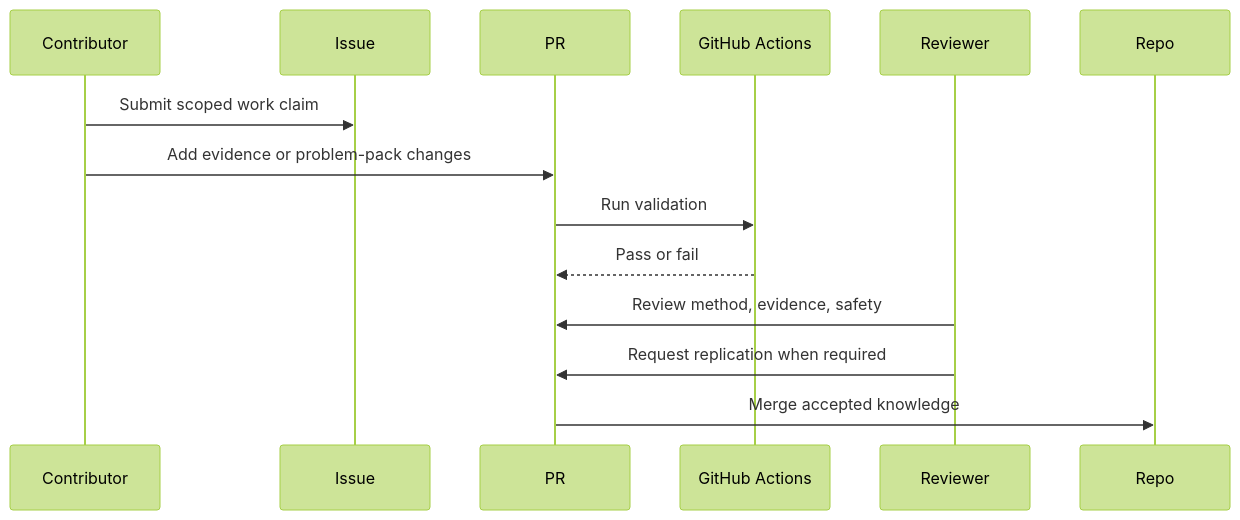
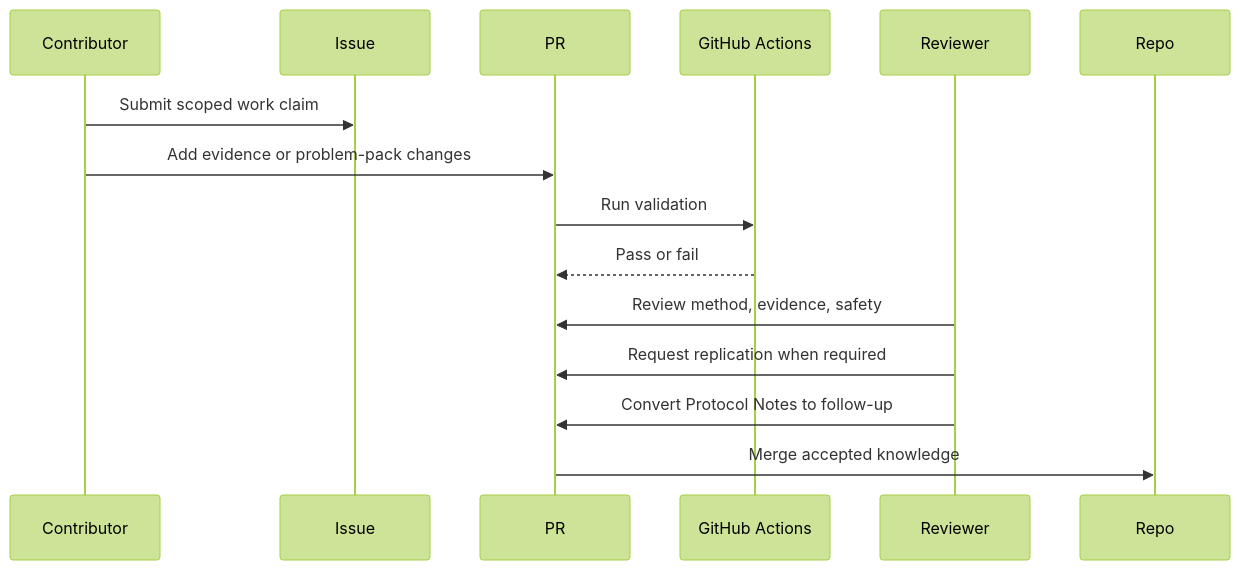
One commit to Open-Problem-Lab/open-problem-lab changed the third of 3 diagrams in AGENTS.md. Above: the diagram before and after it, drawn with Mermaid (forest theme). The commit also changed other lines of this file and 1 other file, not shown here.

First line of the commit message:
docs: upgrade AGENTS.md and SKILL.md for self-improving protocol

````diff
--- a/AGENTS.md
+++ b/AGENTS.md
@@ -61,16 +135,17 @@
 ```mermaid
 sequenceDiagram
   participant Contributor
   participant Issue
   participant PR
   participant CI as GitHub Actions
   participant Reviewer
   participant Repo
   Contributor->>Issue: Submit scoped work claim
   Contributor->>PR: Add evidence or problem-pack changes
   PR->>CI: Run validation
   CI-->>PR: Pass or fail
   Reviewer->>PR: Review method, evidence, safety
   Reviewer->>PR: Request replication when required
+  Reviewer->>PR: Convert Protocol Notes to follow-up
   PR->>Repo: Merge accepted knowledge
 ```
````
